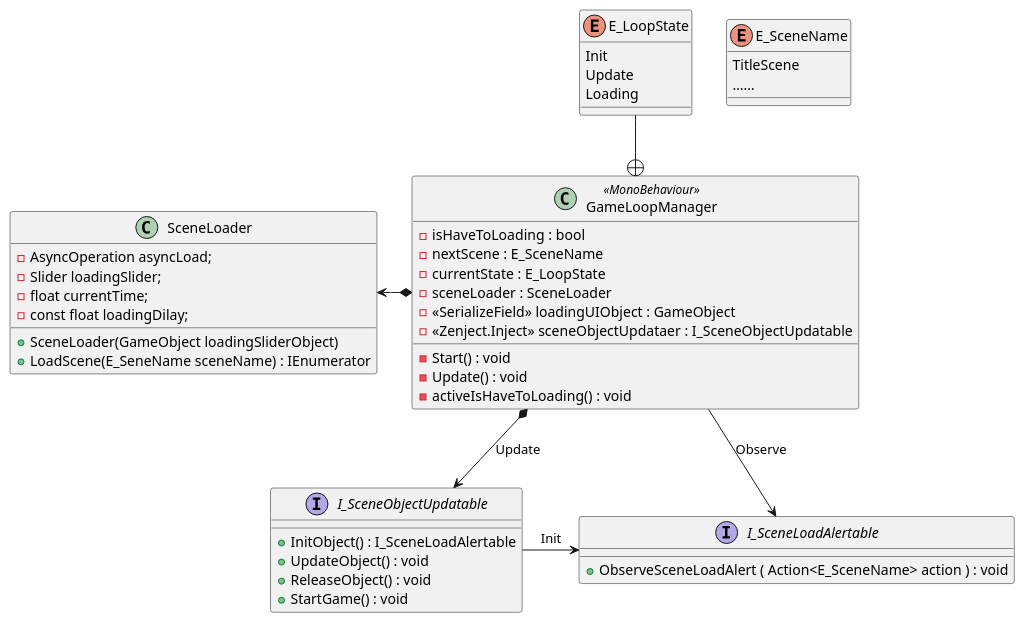
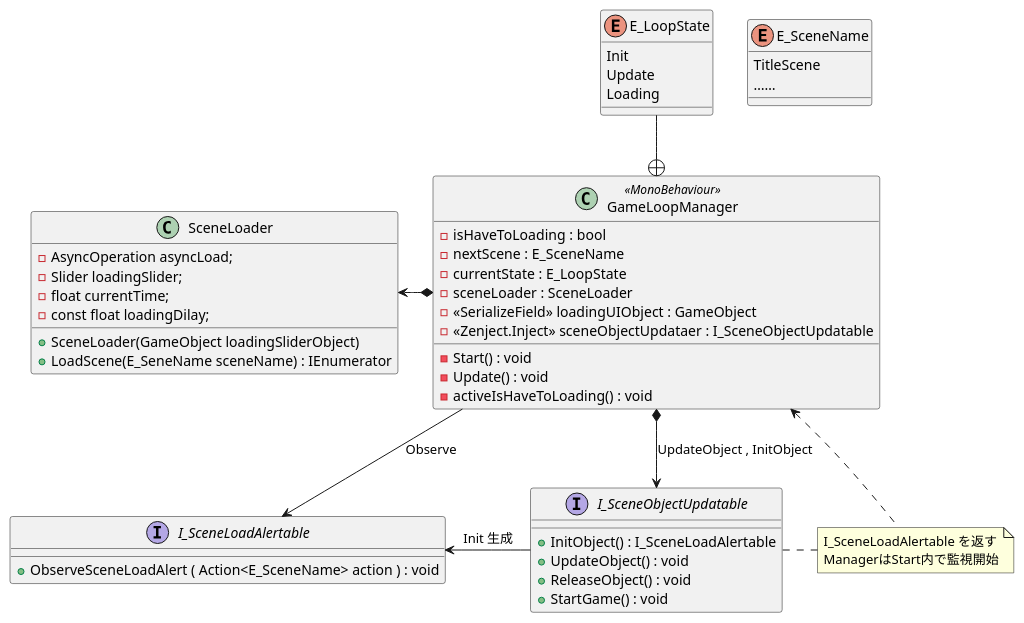
Before and after one commit to tezumozu/GameAsetsDev: the diagram in Unity/Unity1weekAsets/Assets/Script/GameSystems/ver2.0.0/UML/GameLoopManager.pu, drawn with PlantUML. The commit also changed 32 other files, not shown here.

Commit message:
update UML

```diff
--- a/Unity/Unity1weekAsets/Assets/Script/GameSystems/ver2.0.0/UML/GameLoopManager.pu
+++ b/Unity/Unity1weekAsets/Assets/Script/GameSystems/ver2.0.0/UML/GameLoopManager.pu
@@ -1,54 +1,59 @@
 @startuml GameLoopManager Class 
     class GameLoopManager <<MonoBehaviour>>{
         - isHaveToLoading : bool 
         - nextScene : E_SceneName 
         - currentState : E_LoopState 
         - sceneLoader : SceneLoader
         - << SerializeField >> loadingUIObject : GameObject  
         - << Zenject.Inject >> sceneObjectUpdataer : I_SceneObjectUpdatable
 
         - Start() : void
         - Update() : void
         - activeIsHaveToLoading() : void
     }
 
     Enum E_LoopState {
         Init
         Update
         Loading
     }
 
     Enum E_SceneName {
         TitleScene
         ……
     }
 
     class SceneLoader{
         - AsyncOperation asyncLoad;
         - Slider loadingSlider;
         - float currentTime;
         - const float loadingDilay;
 
         + SceneLoader(GameObject loadingSliderObject)
         + LoadScene(E_SeneName sceneName) : IEnumerator 
     }
 
     interface I_SceneObjectUpdatable{
         + InitObject() : I_SceneLoadAlertable 
         + UpdateObject() : void 
         + ReleaseObject() : void 
         + StartGame() : void 
     }
 
     interface I_SceneLoadAlertable{
         + ObserveSceneLoadAlert ( Action<E_SceneName> action ) : void
     }
 
     GameLoopManager --> I_SceneLoadAlertable : Observe
-    GameLoopManager *--> I_SceneObjectUpdatable : Update
+    GameLoopManager *--> I_SceneObjectUpdatable : UpdateObject , InitObject
+
+    note "I_SceneLoadAlertable を返す\nManagerはStart内で監視開始" as N1
+    GameLoopManager <.. N1
+    N1 .left. I_SceneObjectUpdatable
+
     GameLoopManager *-left-> SceneLoader
     GameLoopManager +-up- E_LoopState
-    I_SceneObjectUpdatable -right-> I_SceneLoadAlertable : Init
+    I_SceneObjectUpdatable -left-> I_SceneLoadAlertable : Init 生成
 
 
 @enduml
```
